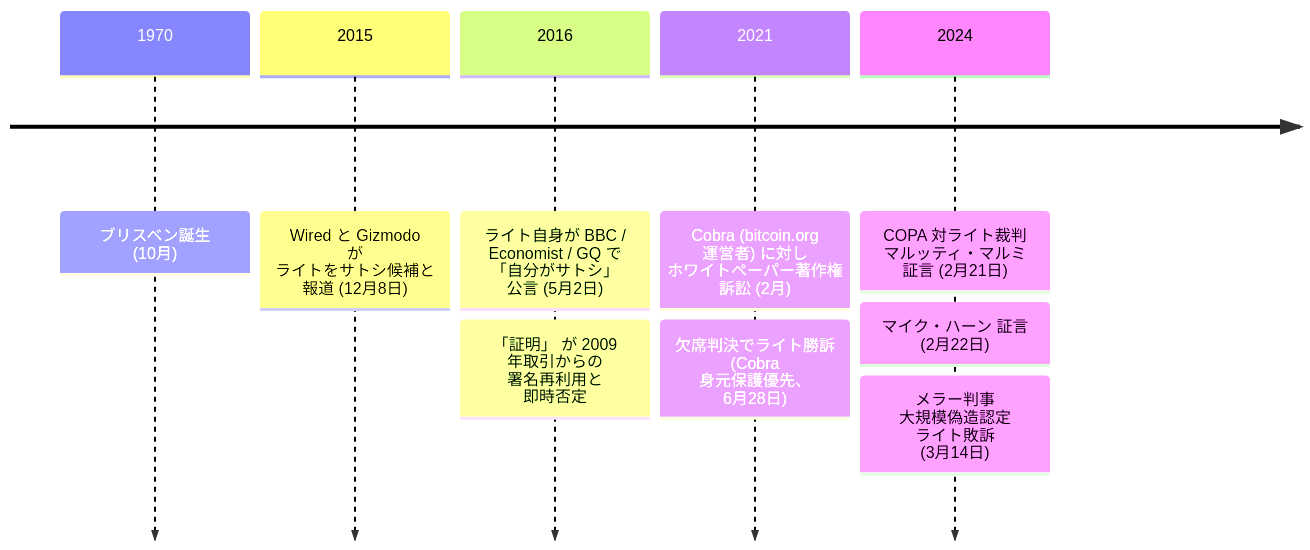
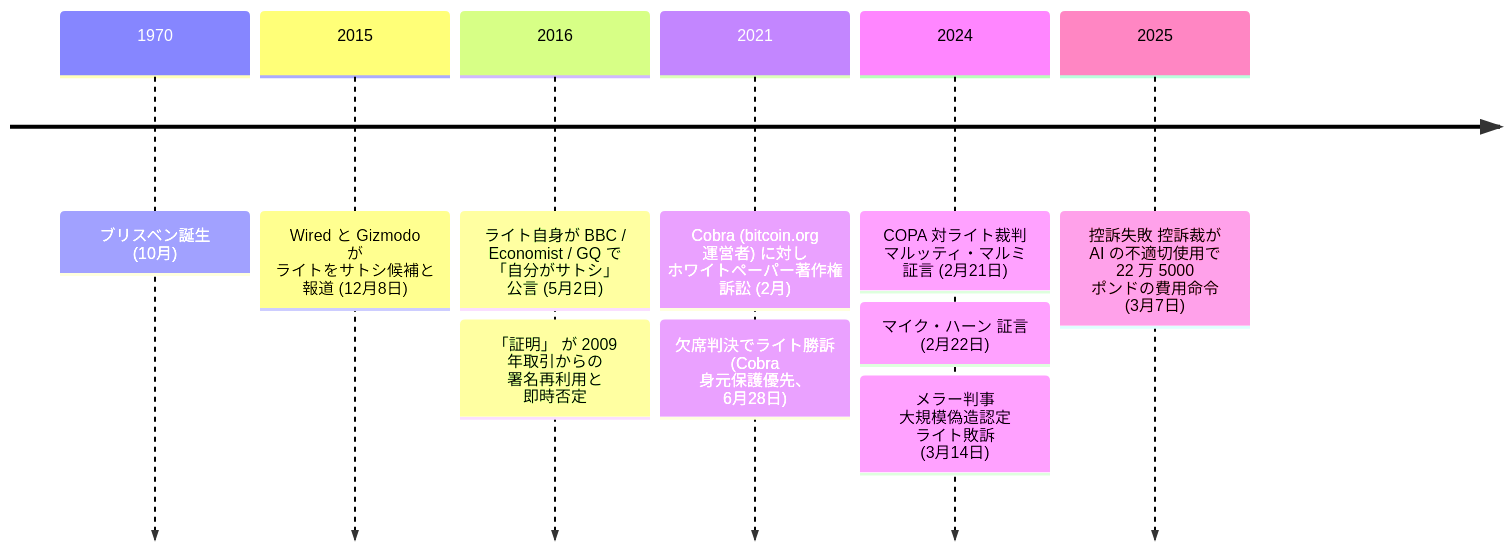
Before and after one commit to cypher256/BitcoinArchive: the diagram in src/data/translations/ja/aftermath/2016-05-02-craig-wright-biography.md, drawn with Mermaid. The commit also changed other lines of this file and 1 other file, not shown here.

````diff
--- a/src/data/translations/ja/aftermath/2016-05-02-craig-wright-biography.md
+++ b/src/data/translations/ja/aftermath/2016-05-02-craig-wright-biography.md
@@ -57,18 +59,19 @@
 ```mermaid
 timeline
     1970 : ブリスベン誕生 (10月)
     2015 : Wired と Gizmodo が ライトをサトシ候補と 報道 (12月8日)
     %% link: /BitcoinArchive/ja/entries/aftermath/2015-12-08-wired-gizmodo-craig-wright-claims/
     2016 : ライト自身が BBC / Economist / GQ で 「自分がサトシ」 公言 (5月2日)
     %% link: /BitcoinArchive/ja/entries/aftermath/2016-05-02-craig-wright-bbc-economist-claim/
          : 「証明」 が 2009 年取引からの 署名再利用と 即時否定
     2021 : Cobra (bitcoin.org 運営者) に対し ホワイトペーパー著作権 訴訟 (2月)
          : 欠席判決でライト勝訴 (Cobra 身元保護優先、 6月28日)
     %% link: /BitcoinArchive/ja/entries/aftermath/2021-06-28-wright-v-cobra-whitepaper-lawsuit/
     2024 : COPA 対ライト裁判 マルッティ・マルミ 証言 (2月21日)
     %% link: /BitcoinArchive/ja/entries/aftermath/2024-02-21-copa-trial-malmi-testimony/
          : マイク・ハーン 証言 (2月22日)
     %% link: /BitcoinArchive/ja/entries/aftermath/2024-02-22-mike-hearn-copa-trial-testimony/
          : メラー判事 大規模偽造認定 ライト敗訴 (3月14日)
     %% link: /BitcoinArchive/ja/entries/aftermath/2024-03-14-copa-v-wright-ruling/
+    2025 : 控訴失敗 控訴裁が AI の不適切使用で 22 万 5000 ポンドの費用命令 (3月7日)
 ```
````
